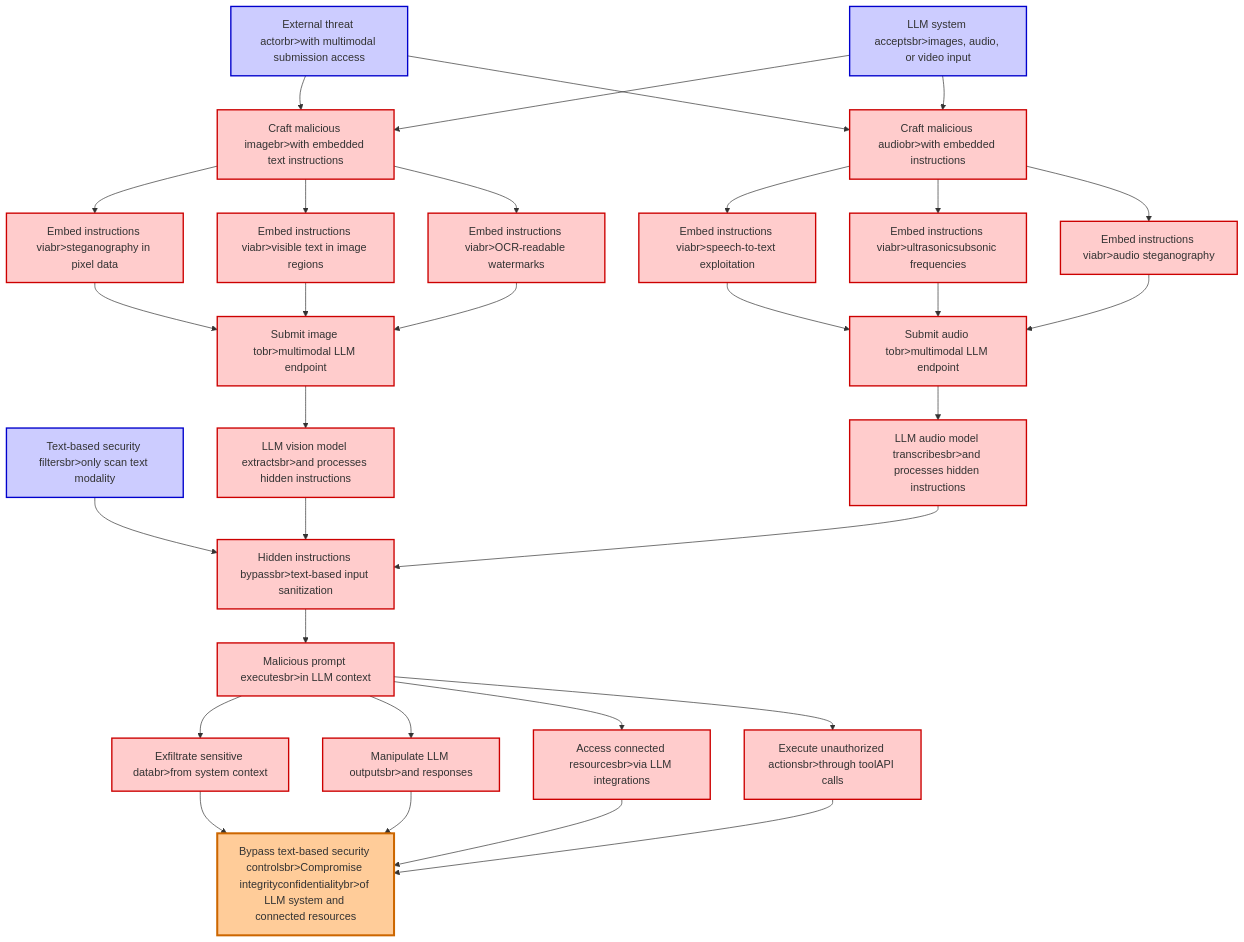
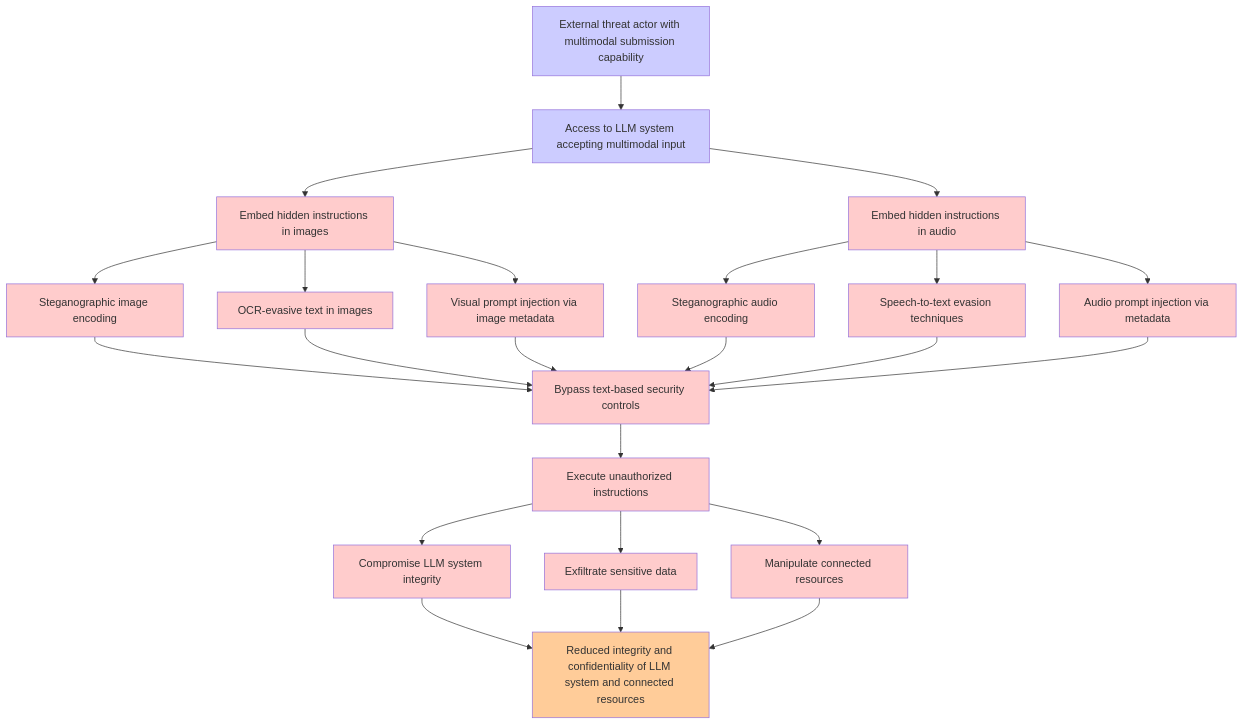
One commit to aws-samples/sample-agentic-attack-tree-generator changed the diagram in sample-applications/genai-chatbot/threatforest/attack_trees/attack_tree_58541b72-e462-4042-bb21-e82ae89f8a07_llm01_prompt_injection.md. Above: the diagram before and after it, drawn with Mermaid. The commit also changed other lines of this file and 310 other files, not shown here.

````diff
--- a/sample-applications/genai-chatbot/threatforest/attack_trees/attack_tree_58541b72-e462-4042-bb21-e82ae89f8a07_llm01_prompt_injection.md
+++ b/sample-applications/genai-chatbot/threatforest/attack_trees/attack_tree_58541b72-e462-4042-bb21-e82ae89f8a07_llm01_prompt_injection.md
@@ -8,72 +8,32 @@
 ```mermaid
 graph TD
-    GOAL[" Bypass text-based security controlsbr>Compromise integrityconfidentialitybr>of LLM system and connected resources"]
-    %% Initial Facts/Conditions
-    F1["External threat actorbr>with multimodal submission access"]
-    F2["LLM system acceptsbr>images, audio, or video input"]
-    F3["Text-based security filtersbr>only scan text modality"]
-    %% Attack Path 1: Image-Based Injection
-    A1["Craft malicious imagebr>with embedded text instructions"]
-    A1a["Embed instructions viabr>steganography in pixel data"]
-    A1b["Embed instructions viabr>visible text in image regions"]
-    A1c["Embed instructions viabr>OCR-readable watermarks"]
-    A2["Submit image tobr>multimodal LLM endpoint"]
-    A3["LLM vision model extractsbr>and processes hidden instructions"]
-    %% Attack Path 2: Audio-Based Injection
-    A4["Craft malicious audiobr>with embedded instructions"]
-    A4a["Embed instructions viabr>speech-to-text exploitation"]
-    A4b["Embed instructions viabr>ultrasonicsubsonic frequencies"]
-    A4c["Embed instructions viabr>audio steganography"]
-    A5["Submit audio tobr>multimodal LLM endpoint"]
-    A6["LLM audio model transcribesbr>and processes hidden instructions"]
-    %% Convergence - Security Bypass
-    A7["Hidden instructions bypassbr>text-based input sanitization"]
-    A8["Malicious prompt executesbr>in LLM context"]
-    %% Impact Branches
-    A9["Exfiltrate sensitive databr>from system context"]
-    A10["Manipulate LLM outputsbr>and responses"]
-    A11["Access connected resourcesbr>via LLM integrations"]
-    A12["Execute unauthorized actionsbr>through toolAPI calls"]
-    %% Connections - Facts to Attack Initiation
-    F1 --> A1
-    F1 --> A4
-    F2 --> A1
-    F2 --> A4
-    F3 --> A7
-    %% Image Attack Path
-    A1 --> A1a
-    A1 --> A1b
-    A1 --> A1c
-    A1a --> A2
-    A1b --> A2
-    A1c --> A2
-    A2 --> A3
-    A3 --> A7
-    %% Audio Attack Path
-    A4 --> A4a
-    A4 --> A4b
-    A4 --> A4c
-    A4a --> A5
-    A4b --> A5
-    A4c --> A5
-    A5 --> A6
-    A6 --> A7
-    %% Convergence to Goal
-    A7 --> A8
-    A8 --> A9
-    A8 --> A10
-    A8 --> A11
-    A8 --> A12
-    A9 --> GOAL
-    A10 --> GOAL
-    A11 --> GOAL
-    A12 --> GOAL
-    %% Styling
-    classDef attack fill:#ffcccc,stroke:#cc0000,stroke-width:2px
-    classDef goal fill:#ffcc99,stroke:#cc6600,stroke-width:3px
-    classDef fact fill:#ccccff,stroke:#0000cc,stroke-width:2px
-    class F1,F2,F3 fact
-    class A1,A1a,A1b,A1c,A2,A3,A4,A4a,A4b,A4c,A5,A6,A7,A8,A9,A10,A11,A12 attack
-    class GOAL goal
+    A["External threat actor with multimodal submission capability"] --> B["Access to LLM system accepting multimodal input"]
+    B --> C["Embed hidden instructions in images"]
+    B --> D["Embed hidden instructions in audio"]
+    C --> C1["Steganographic image encoding"]
+    C --> C2["OCR-evasive text in images"]
+    C --> C3["Visual prompt injection via image metadata"]
+    D --> D1["Steganographic audio encoding"]
+    D --> D2["Speech-to-text evasion techniques"]
+    D --> D3["Audio prompt injection via metadata"]
+    C1 --> E["Bypass text-based security controls"]
+    C2 --> E
+    C3 --> E
+    D1 --> E
+    D2 --> E
+    D3 --> E
+    E --> F["Execute unauthorized instructions"]
+    F --> G["Compromise LLM system integrity"]
+    F --> H["Exfiltrate sensitive data"]
+    F --> I["Manipulate connected resources"]
+    G --> J["Reduced integrity and confidentiality of LLM system and connected resources"]
+    H --> J
+    I --> J
+    classDef fact fill:#ccccff
+    classDef attack fill:#ffcccc
+    classDef goal fill:#ffcc99
+    class A,B fact
+    class C,D,C1,C2,C3,D1,D2,D3,E,F,G,H,I attack
+    class J goal
     classDef mitigation fill:#ccffcc
 ```
````
